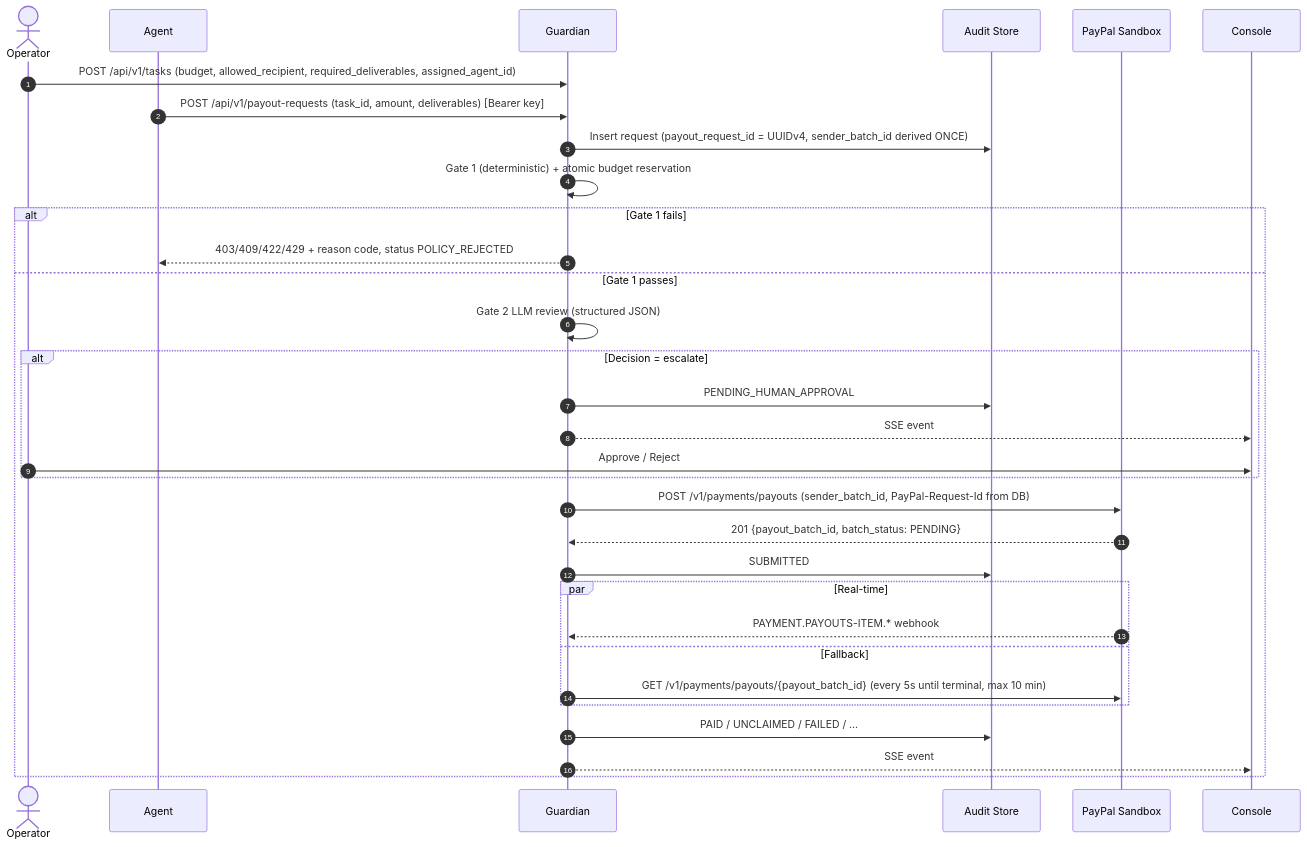
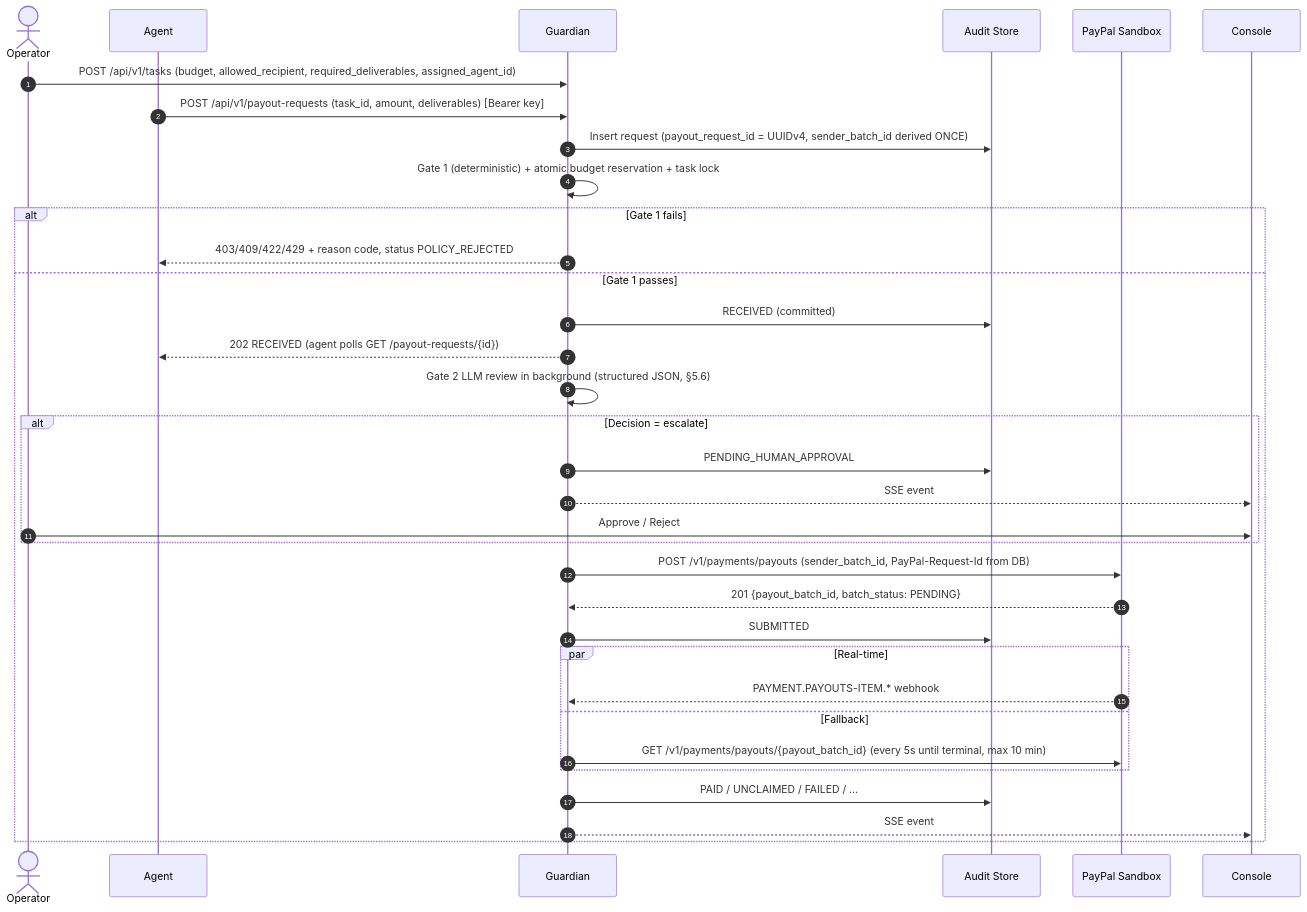
Before and after one commit to samikshasainii/PayAgent-ai: the second of 2 diagrams in ARCHITECTURE.md, drawn with Mermaid. The commit also changed other lines of this file and 12 other files, not shown here.

First line of the commit message:
feat(m2): asynchronous Gate 2 review with one-task-one-payout lock

````diff
--- a/ARCHITECTURE.md
+++ b/ARCHITECTURE.md
@@ -85,35 +85,37 @@
 ```mermaid
 sequenceDiagram
     autonumber
     actor Op as Operator
     participant Ag as Agent
     participant G as Guardian
     participant DB as Audit Store
     participant PP as PayPal Sandbox
     participant UI as Console
 
     Op->>G: POST /api/v1/tasks (budget, allowed_recipient, required_deliverables, assigned_agent_id)
     Ag->>G: POST /api/v1/payout-requests (task_id, amount, deliverables) [Bearer key]
     G->>DB: Insert request (payout_request_id = UUIDv4, sender_batch_id derived ONCE)
-    G->>G: Gate 1 (deterministic) + atomic budget reservation
+    G->>G: Gate 1 (deterministic) + atomic budget reservation + task lock
     alt Gate 1 fails
         G-->>Ag: 403/409/422/429 + reason code, status POLICY_REJECTED
     else Gate 1 passes
-        G->>G: Gate 2 LLM review (structured JSON)
+        G->>DB: RECEIVED (committed)
+        G-->>Ag: 202 RECEIVED (agent polls GET /payout-requests/{id})
+        G->>G: Gate 2 LLM review in background (structured JSON, §5.6)
         alt Decision = escalate
             G->>DB: PENDING_HUMAN_APPROVAL
             G-->>UI: SSE event
             Op->>UI: Approve / Reject
         end
         G->>PP: POST /v1/payments/payouts (sender_batch_id, PayPal-Request-Id from DB)
         PP-->>G: 201 {payout_batch_id, batch_status: PENDING}
         G->>DB: SUBMITTED
         par Real-time
             PP-->>G: PAYMENT.PAYOUTS-ITEM.* webhook
         and Fallback
             G->>PP: GET /v1/payments/payouts/{payout_batch_id} (every 5s until terminal, max 10 min)
         end
         G->>DB: PAID / UNCLAIMED / FAILED / ...
         G-->>UI: SSE event
     end
 ```
````
